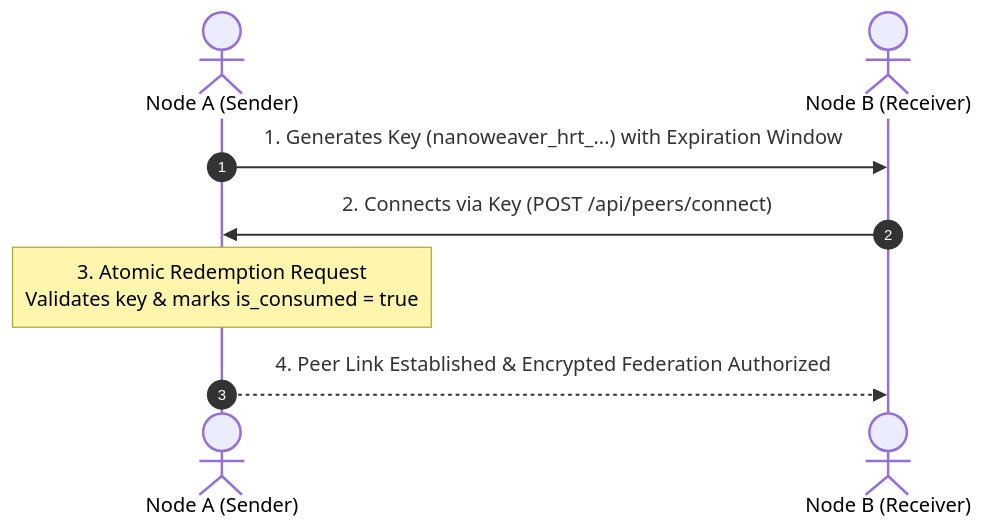
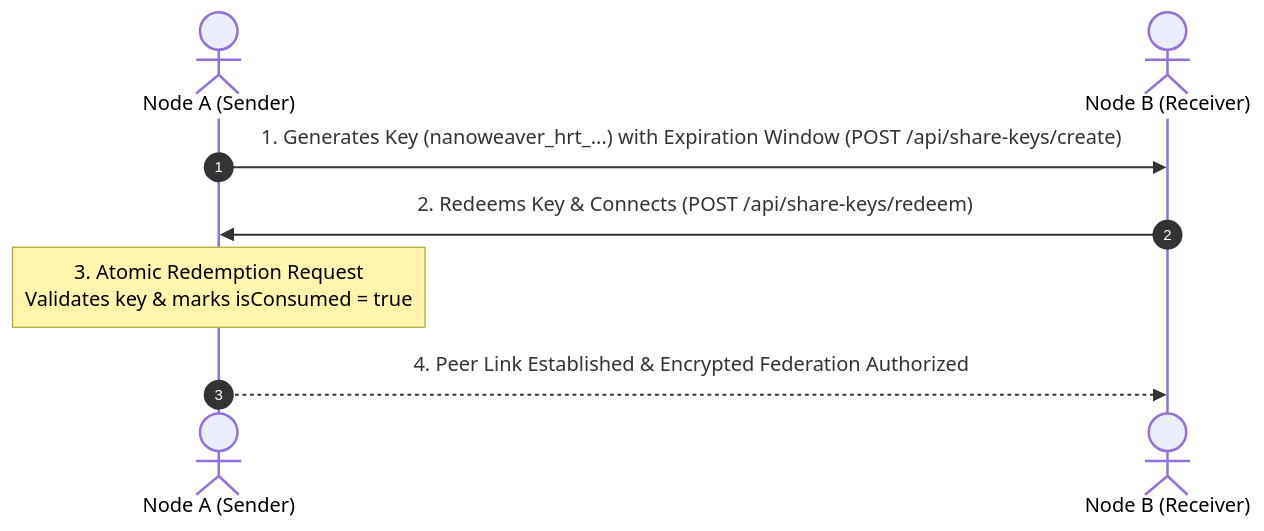
The second of 2 diagrams in docs/configuration-peers.md (lantea-one/nanoweaver-hrt), drawn with Mermaid before and after one commit. The commit also changed 2 other files, not shown here.

Commit message:
docs: align api-reference with camelcase json, multi-format endpoints and swagger/redoc

````diff
--- a/docs/configuration-peers.md
+++ b/docs/configuration-peers.md
@@ -53,10 +53,10 @@
 ```mermaid
 sequenceDiagram
     autonumber
     actor NodeA as Node A (Sender)
     actor NodeB as Node B (Receiver)
-    NodeA->>NodeB: 1. Generates Key (nanoweaver_hrt_...) with Expiration Window
-    NodeB->>NodeA: 2. Connects via Key (POST /api/peers/connect)
-    Note over NodeA: 3. Atomic Redemption Request<br>Validates key & marks is_consumed = true
+    NodeA->>NodeB: 1. Generates Key (nanoweaver_hrt_...) with Expiration Window (POST /api/share-keys/create)
+    NodeB->>NodeA: 2. Redeems Key & Connects (POST /api/share-keys/redeem)
+    Note over NodeA: 3. Atomic Redemption Request<br>Validates key & marks isConsumed = true
     NodeA-->>NodeB: 4. Peer Link Established & Encrypted Federation Authorized
 ```
````
